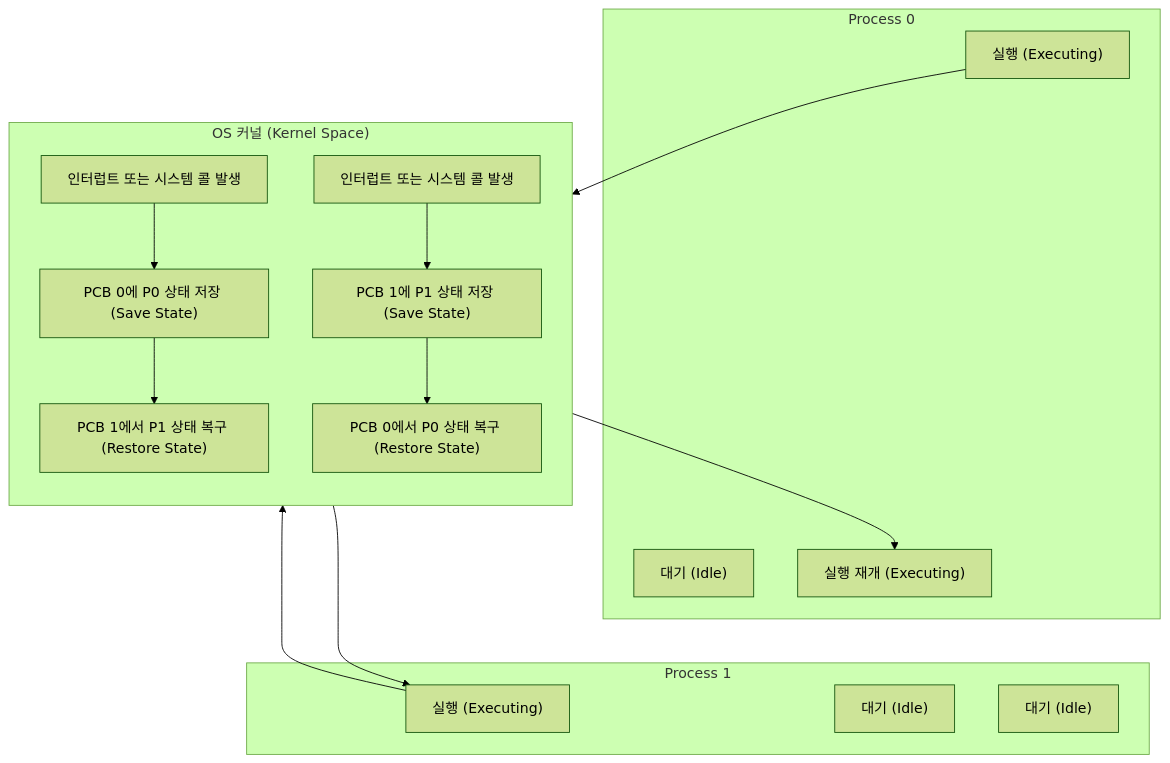
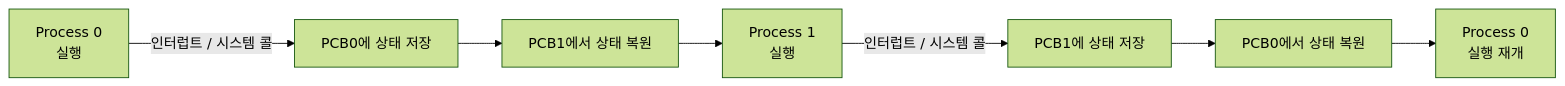
One commit to supremethumb/supremethumb.github.io changed the diagram in content/01_IT Tech/PCB(Process Control Block).md. Above: the diagram before and after it, drawn with Mermaid (forest theme). The commit also changed other lines of this file and 1087 other files, not shown here.

````diff
--- a/content/01_IT Tech/PCB(Process Control Block).md
+++ b/content/01_IT Tech/PCB(Process Control Block).md
@@ -27,39 +35,7 @@
 ```mermaid
-flowchart TD
-    subgraph Process_0 ["Process 0"]
-        P0_Exec1["실행 (Executing)"]
-        P0_Idle["대기 (Idle)"]
-        P0_Exec2["실행 재개 (Executing)"]
-    end
-
-    subgraph OS_Kernel ["OS 커널 (Kernel Space)"]
-        direction TB
-        Int["인터럽트 또는 시스템 콜 발생"]
-        Save_P0["PCB 0에 P0 상태 저장 (Save State)"]
-        Load_P1["PCB 1에서 P1 상태 복구 (Restore State)"]
-        
-        Int2["인터럽트 또는 시스템 콜 발생"]
-        Save_P1["PCB 1에 P1 상태 저장 (Save State)"]
-        Load_P0["PCB 0에서 P0 상태 복구 (Restore State)"]
-    end
-
-    subgraph Process_1 ["Process 1"]
-        P1_Idle1["대기 (Idle)"]
-        P1_Exec["실행 (Executing)"]
-        P1_Idle2["대기 (Idle)"]
-    end
-
-    P0_Exec1 --> Int
-    Int --> Save_P0
-    Save_P0 --> Load_P1
-    Load_P1 --> P1_Exec
-    P1_Exec --> Int2
-    Int2 --> Save_P1
-    Save_P1 --> Load_P0
-    Load_P0 --> P0_Exec2
-    
-    P0_Exec1 ~~~ P1_Idle1
-    P0_Idle ~~~ P1_Exec
-    P0_Exec2 ~~~ P1_Idle2
-
+flowchart LR
+    P0["Process 0<br/>실행"] -->|"인터럽트 / 시스템 콜"| S0["PCB0에 상태 저장"]
+    S0 --> L1["PCB1에서 상태 복원"] --> P1["Process 1<br/>실행"]
+    P1 -->|"인터럽트 / 시스템 콜"| S1["PCB1에 상태 저장"]
+    S1 --> L0["PCB0에서 상태 복원"] --> P0b["Process 0<br/>실행 재개"]
 ```
````
